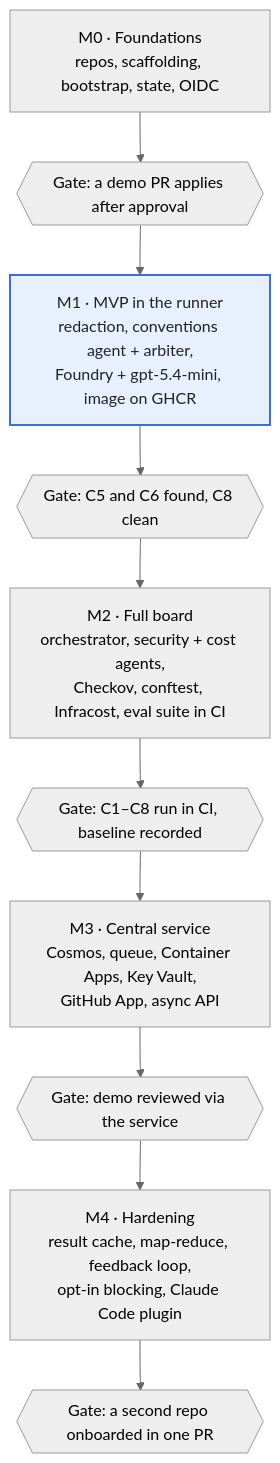
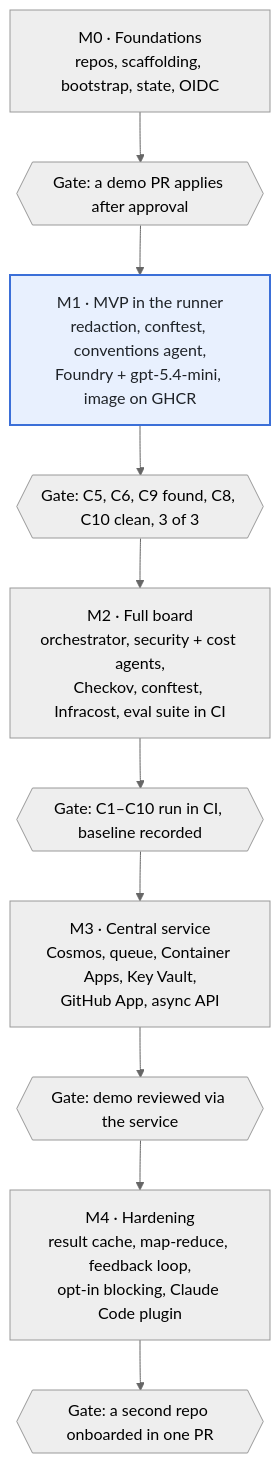
One commit to gergodrazsdik/tf-review changed the second of 2 diagrams in docs/plan.md. Above: the diagram before and after it, drawn with Mermaid (neutral theme). The commit also changed other lines of this file and 2 other files, not shown here.

````diff
--- a/docs/plan.md
+++ b/docs/plan.md
@@ -406,16 +435,16 @@
 ```mermaid
 flowchart TB
   M0["M0 · Foundations<br/>repos, scaffolding, bootstrap, state, OIDC"]
   G0{{"Gate: a demo PR applies after approval"}}
-  M1["M1 · MVP in the runner<br/>redaction, conventions agent + arbiter,<br/>Foundry + gpt-5.4-mini, image on GHCR"]
-  G1{{"Gate: C5 and C6 found, C8 clean"}}
+  M1["M1 · MVP in the runner<br/>redaction, conftest, conventions agent,<br/>Foundry + gpt-5.4-mini, image on GHCR"]
+  G1{{"Gate: C5, C6, C9 found, C8, C10 clean, 3 of 3"}}
   M2["M2 · Full board<br/>orchestrator, security + cost agents,<br/>Checkov, conftest, Infracost, eval suite in CI"]
-  G2{{"Gate: C1–C8 run in CI, baseline recorded"}}
+  G2{{"Gate: C1–C10 run in CI, baseline recorded"}}
   M3["M3 · Central service<br/>Cosmos, queue, Container Apps, Key Vault,<br/>GitHub App, async API"]
   G3{{"Gate: demo reviewed via the service"}}
   M4["M4 · Hardening<br/>result cache, map-reduce, feedback loop,<br/>opt-in blocking, Claude Code plugin"]
   G4{{"Gate: a second repo onboarded in one PR"}}
   M0 --> G0 --> M1 --> G1 --> M2 --> G2 --> M3 --> G3 --> M4 --> G4
   classDef mvp fill:#e8f0fe,stroke:#3b6fd8,stroke-width:2px,color:#1f2328
   class M1 mvp
 ```
````
